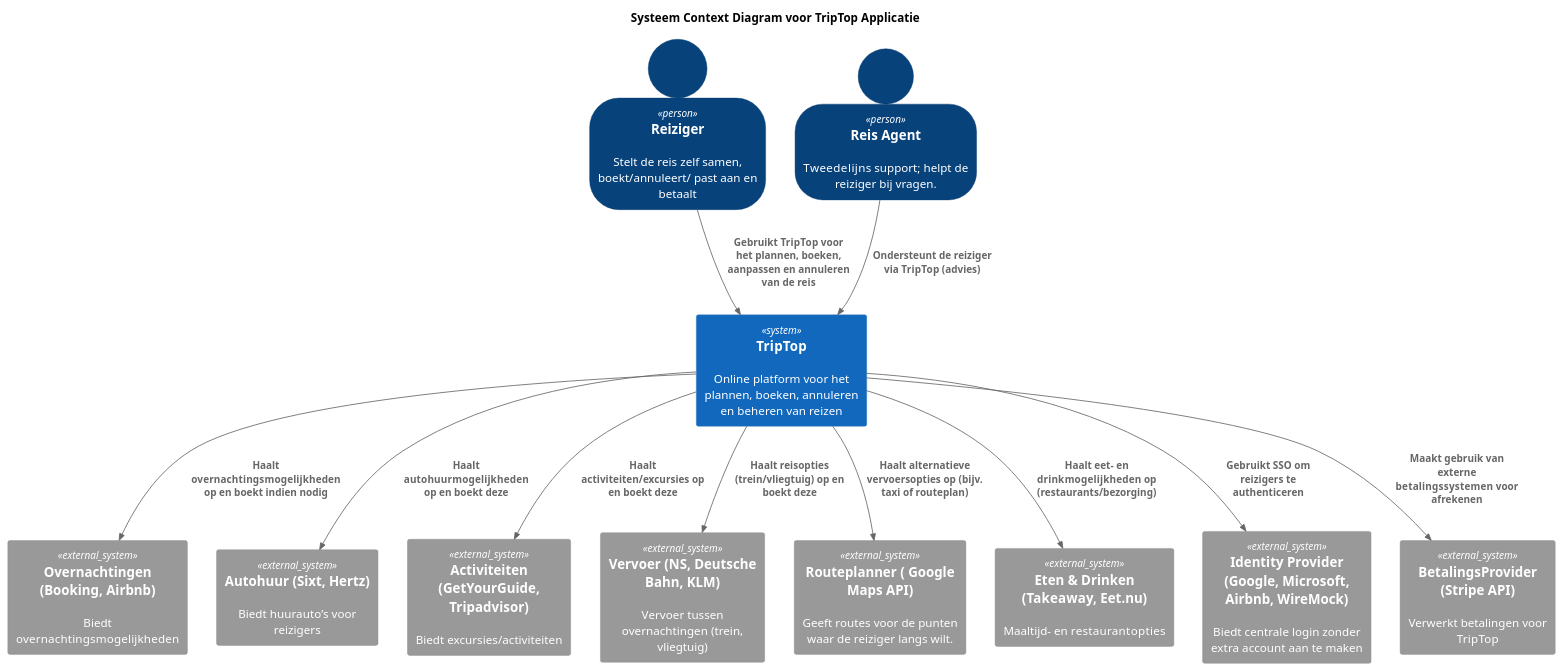
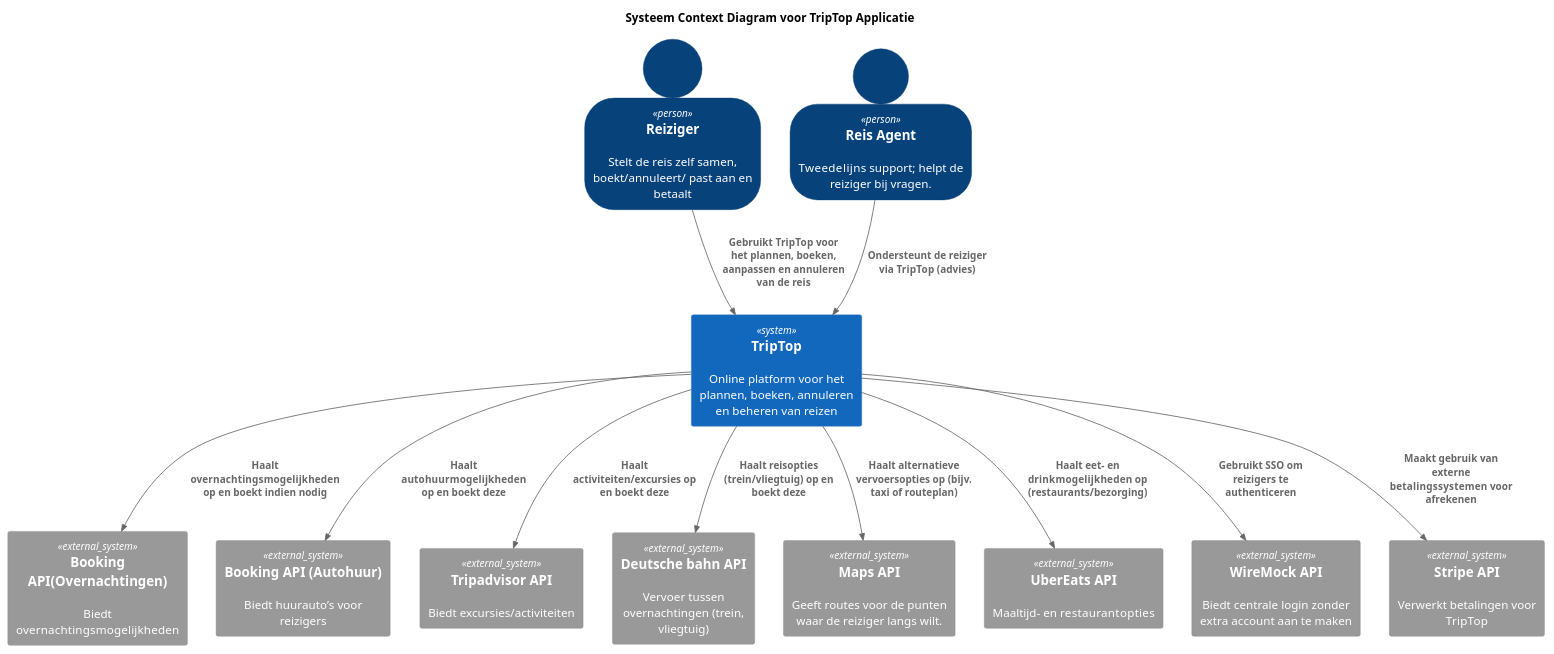
One commit to AIM-ENE-feb25/triptop-asas changed the diagram in software-guidebook/context-diagram.puml. Above: the diagram before and after it, drawn with PlantUML.

Commit message:
Juiste API's in context diagram gezet

```diff
--- a/software-guidebook/context-diagram.puml
+++ b/software-guidebook/context-diagram.puml
@@ -1,32 +1,32 @@
 @startuml
 !include https://raw.githubusercontent.com/plantuml-stdlib/C4-PlantUML/master/C4_Context.puml
 title Systeem Context Diagram voor TripTop Applicatie
 SHOW_PERSON_OUTLINE()
 Person(reiziger, "Reiziger", "Stelt de reis zelf samen, boekt/annuleert/ past aan en betaalt")
 Person(ondersteuner, "Reis Agent", "Tweede­lijns support; helpt de reiziger bij vragen.")
 
 System(triptop, "TripTop", "Online platform voor het plannen, boeken, annuleren en beheren van reizen")
 
-System_Ext(overnachtingen, "Overnachtingen (Booking, Airbnb)", "Biedt overnachtings­mogelijkheden")
-System_Ext(autohuur, "Autohuur (Sixt, Hertz)", "Biedt huurauto’s voor reizigers")
-System_Ext(activiteiten, "Activiteiten (GetYourGuide, Tripadvisor)", "Biedt excursies/activiteiten")
-System_Ext(vervoer1, "Vervoer (NS, Deutsche Bahn, KLM)", "Vervoer tussen overnachtingen (trein, vliegtuig)")
-System_Ext(vervoer2, "Routeplanner ( Google Maps API)", "Geeft routes voor de punten waar de reiziger langs wilt.")
-System_Ext(eten, "Eten & Drinken (Takeaway, Eet.nu)", "Maaltijd- en restaurant­opties")
+System_Ext(overnachtingen, "Booking API(Overnachtingen)", "Biedt overnachtings­mogelijkheden")
+System_Ext(autohuur, "Booking API (Autohuur)", "Biedt huurauto’s voor reizigers")
+System_Ext(activiteiten, "Tripadvisor API", "Biedt excursies/activiteiten")
+System_Ext(vervoer1, "Deutsche bahn API", "Vervoer tussen overnachtingen (trein, vliegtuig)")
+System_Ext(vervoer2, "Maps API", "Geeft routes voor de punten waar de reiziger langs wilt.")
+System_Ext(eten, "UberEats API", "Maaltijd- en restaurant­opties")
 
-System_Ext(identity, "Identity Provider (Google, Microsoft, Airbnb, WireMock)", "Biedt centrale login zonder extra account aan te maken")
-System_Ext(payment, "BetalingsProvider (Stripe API)", "Verwerkt betalingen voor TripTop")
+System_Ext(identity, "WireMock API", "Biedt centrale login zonder extra account aan te maken")
+System_Ext(payment, "Stripe API", "Verwerkt betalingen voor TripTop")
 
 Rel(reiziger, triptop, "Gebruikt TripTop voor het plannen, boeken, aanpassen en annuleren van de reis")
 Rel(ondersteuner, triptop, "Ondersteunt de reiziger via TripTop (advies)")
 Rel(triptop, overnachtingen, "Haalt overnachtings­mogelijkheden op en boekt indien nodig")
 Rel(triptop, autohuur, "Haalt autohuur­mogelijkheden op en boekt deze")
 Rel(triptop, activiteiten, "Haalt activiteiten/excursies op en boekt deze")
 Rel(triptop, vervoer1, "Haalt reisopties (trein/vliegtuig) op en boekt deze")
 Rel(triptop, vervoer2, "Haalt alternatieve vervoersopties op (bijv. taxi of routeplan)")
 Rel(triptop, eten, "Haalt eet- en drink­mogelijkheden op (restaurants/bezorging)")
 
 Rel(triptop, identity, "Gebruikt SSO om reizigers te authenticeren")
 Rel(triptop, payment, "Maakt gebruik van externe betalings­systemen voor afrekenen")
 
 @enduml
```
